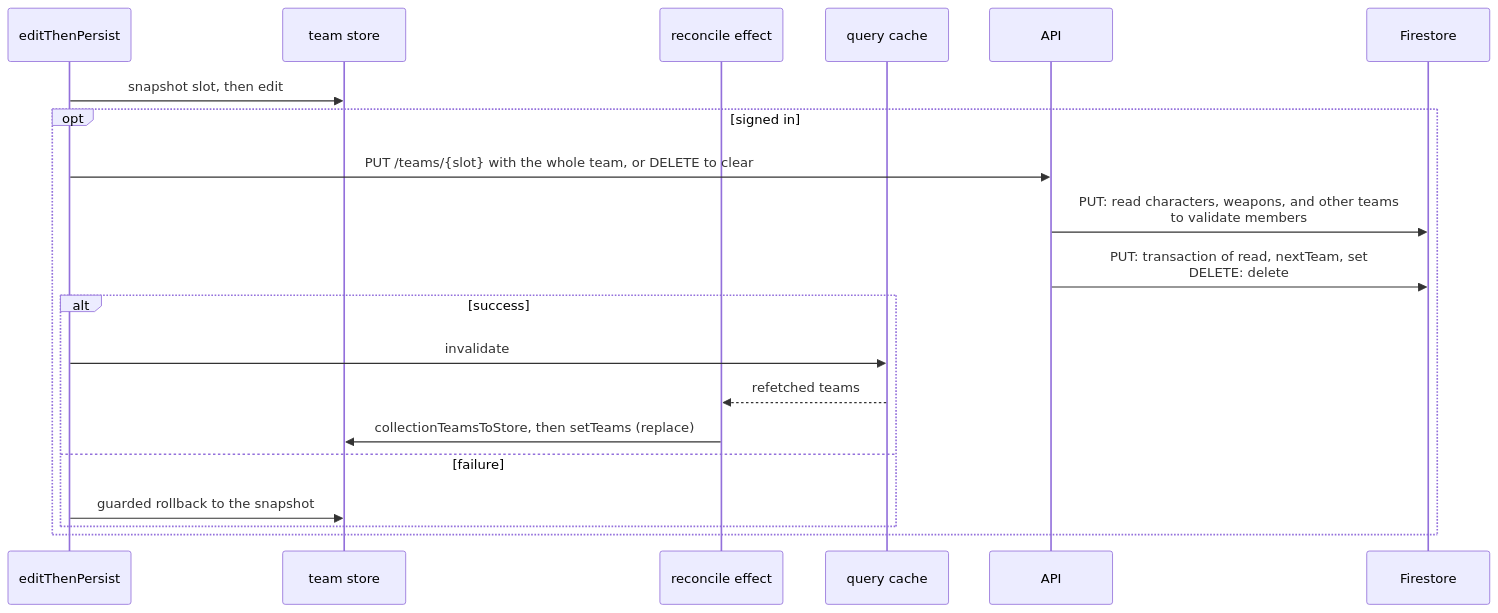
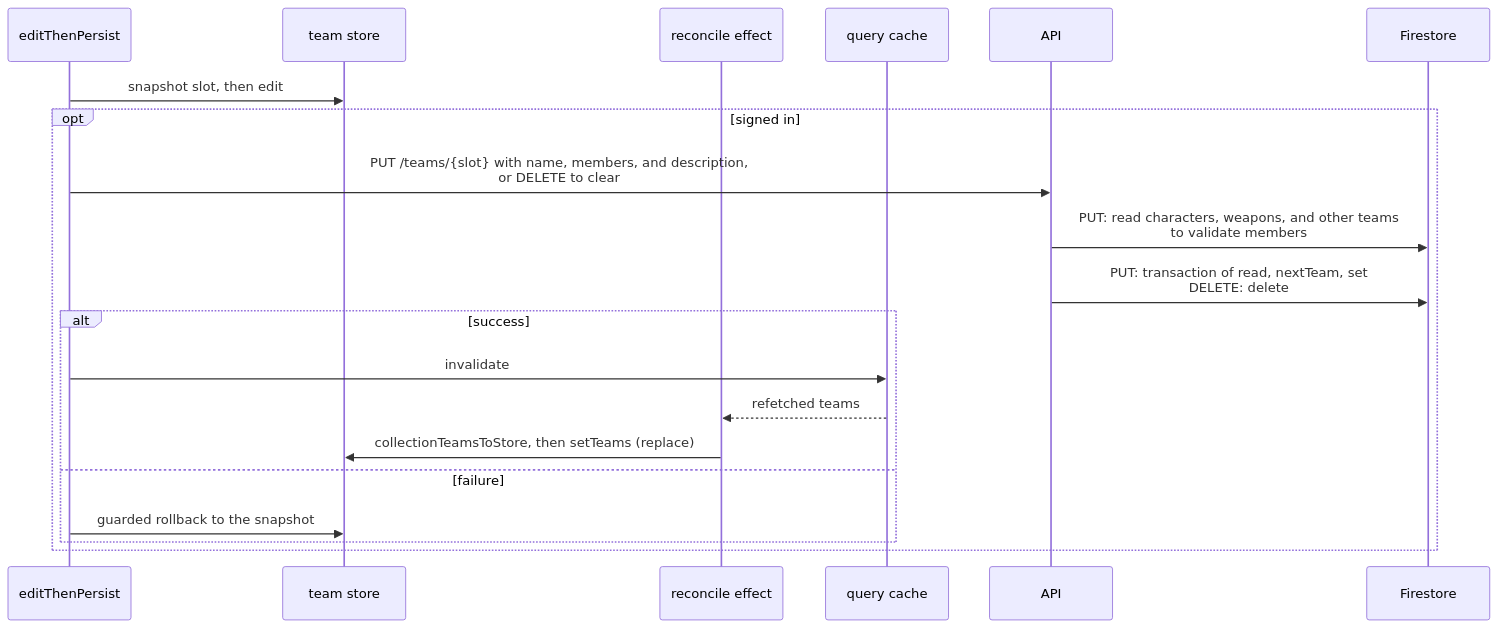
The third of 4 diagrams in docs/reference/data-flow-write-paths.md (dungeon-studio/genshin.dungeon.studio), drawn with Mermaid before and after one commit. The commit also changed 3 other files, not shown here.

First line of the commit message:
docs: correct data flow pages after a full fact check

````diff
--- a/docs/reference/data-flow-write-paths.md
+++ b/docs/reference/data-flow-write-paths.md
@@ -123,23 +123,23 @@
 ```mermaid
 sequenceDiagram
   participant Hook as editThenPersist
   participant Store as team store
   participant Reconcile as reconcile effect
   participant Cache as query cache
   participant API as API
   participant FS as Firestore
 
   Hook->>Store: snapshot slot, then edit
   opt signed in
-    Hook->>API: PUT /teams/{slot} with the whole team, or DELETE to clear
+    Hook->>API: PUT /teams/{slot} with name, members, and description,<br>or DELETE to clear
     API->>FS: PUT: read characters, weapons, and other teams<br>to validate members
     API->>FS: PUT: transaction of read, nextTeam, set<br>DELETE: delete
     alt success
       Hook->>Cache: invalidate
       Cache-->>Reconcile: refetched teams
       Reconcile->>Store: collectionTeamsToStore, then setTeams (replace)
     else failure
       Hook->>Store: guarded rollback to the snapshot
     end
   end
 ```
````
